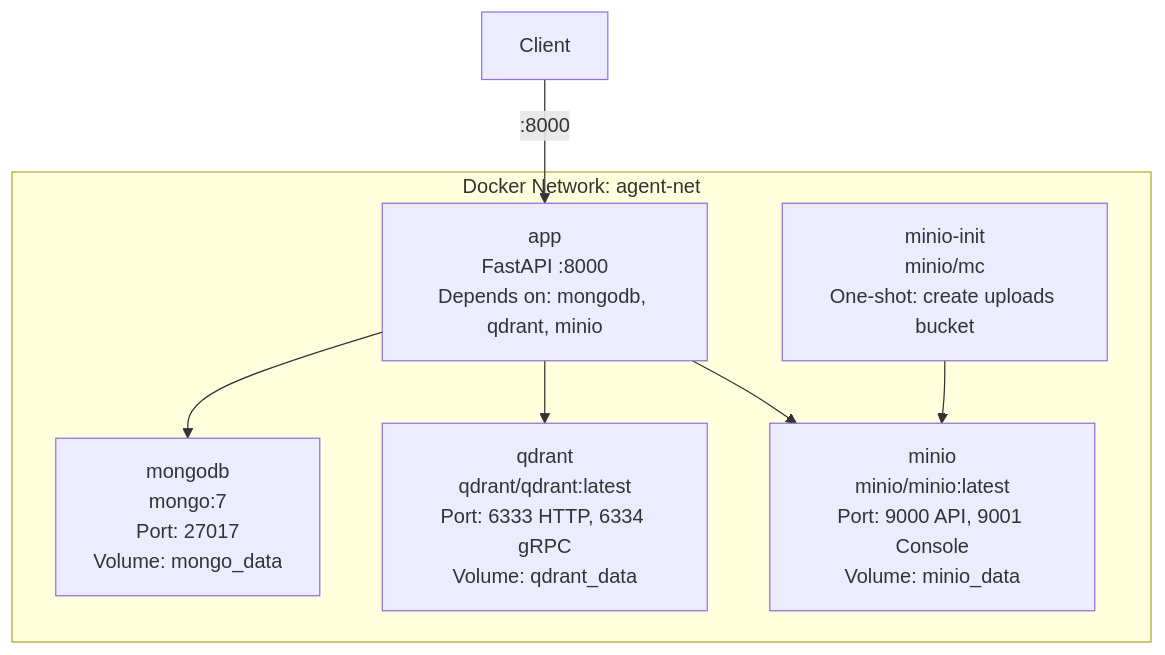
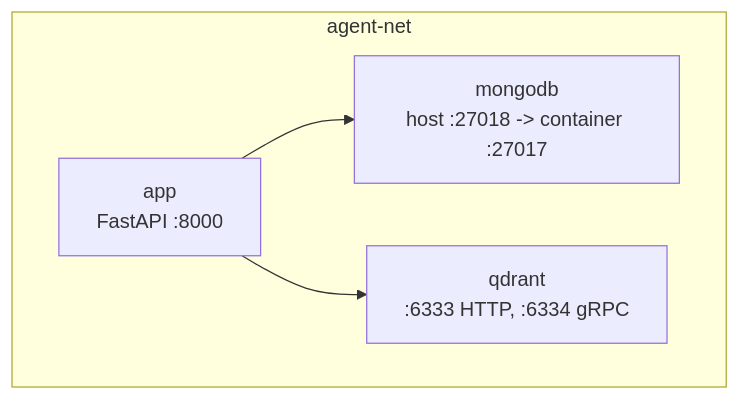
Diagram 12 of 12 in chatly-agent/ARCHITECTURE.md (giasinguyen/chatly-messaging-platform), drawn with Mermaid before and after one commit. The commit also changed other lines of this file and 2 other files, not shown here.

First line of the commit message:
refactor: update README.md to reflect new Chatly Agent features and architecture

````diff
--- a/chatly-agent/ARCHITECTURE.md
+++ b/chatly-agent/ARCHITECTURE.md
@@ -430,16 +517,11 @@
 ```mermaid
 graph TB
-    subgraph DockerNetwork ["Docker Network: agent-net"]
-        App["app\nFastAPI :8000\nDepends on: mongodb, qdrant, minio"]
-        Mongo["mongodb\nmongo:7\nPort: 27017\nVolume: mongo_data"]
-        Qdrant["qdrant\nqdrant/qdrant:latest\nPort: 6333 HTTP, 6334 gRPC\nVolume: qdrant_data"]
-        MinIO["minio\nminio/minio:latest\nPort: 9000 API, 9001 Console\nVolume: minio_data"]
-        MinIOInit["minio-init\nminio/mc\nOne-shot: create uploads bucket"]
+    subgraph Net["agent-net"]
+        App["app<br/>FastAPI :8000"]
+        Mongo["mongodb<br/>host :27018 -> container :27017"]
+        Qdrant["qdrant<br/>:6333 HTTP, :6334 gRPC"]
     end
 
-    Client -->|":8000"| App
     App --> Mongo
     App --> Qdrant
-    App --> MinIO
-    MinIOInit --> MinIO
 ```
````
